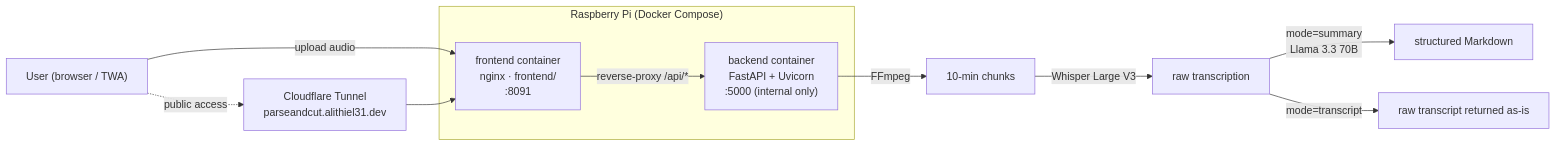
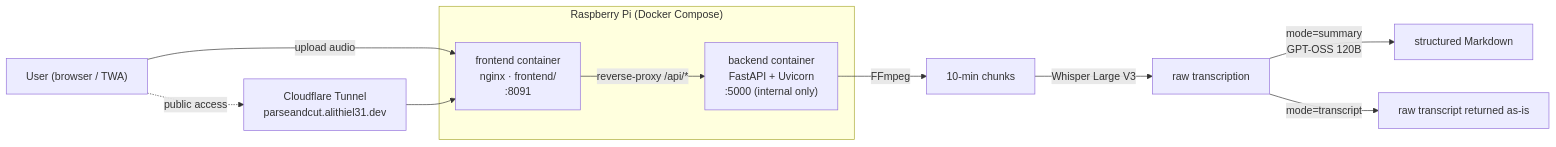
Before and after one commit to Alithiel31/ParseAndCutV2: the diagram in README.md, drawn with Mermaid. The commit also changed other lines of this file and 11 other files, not shown here.

````diff
--- a/README.md
+++ b/README.md
@@ -65,18 +65,18 @@
 ```mermaid
 flowchart LR
     U["User (browser / TWA)"] -->|upload audio| FE
 
     subgraph Pi["Raspberry Pi (Docker Compose)"]
         FE["frontend container<br/>nginx · frontend/<br/>:8091"]
         BE["backend container<br/>FastAPI + Uvicorn<br/>:5000 (internal only)"]
         FE -->|reverse-proxy /api/*| BE
     end
 
     BE -->|FFmpeg| CHUNK["10-min chunks"]
     CHUNK -->|Whisper Large V3| TXT["raw transcription"]
-    TXT -->|"mode=summary"<br/>Llama 3.3 70B| MD["structured Markdown"]
+    TXT -->|"mode=summary"<br/>GPT-OSS 120B| MD["structured Markdown"]
     TXT -->|"mode=transcript"| RAW["raw transcript returned as-is"]
 
     TUN["Cloudflare Tunnel<br/>parseandcut.alithiel31.dev"] --> FE
     U -.->|public access| TUN
 ```
````
